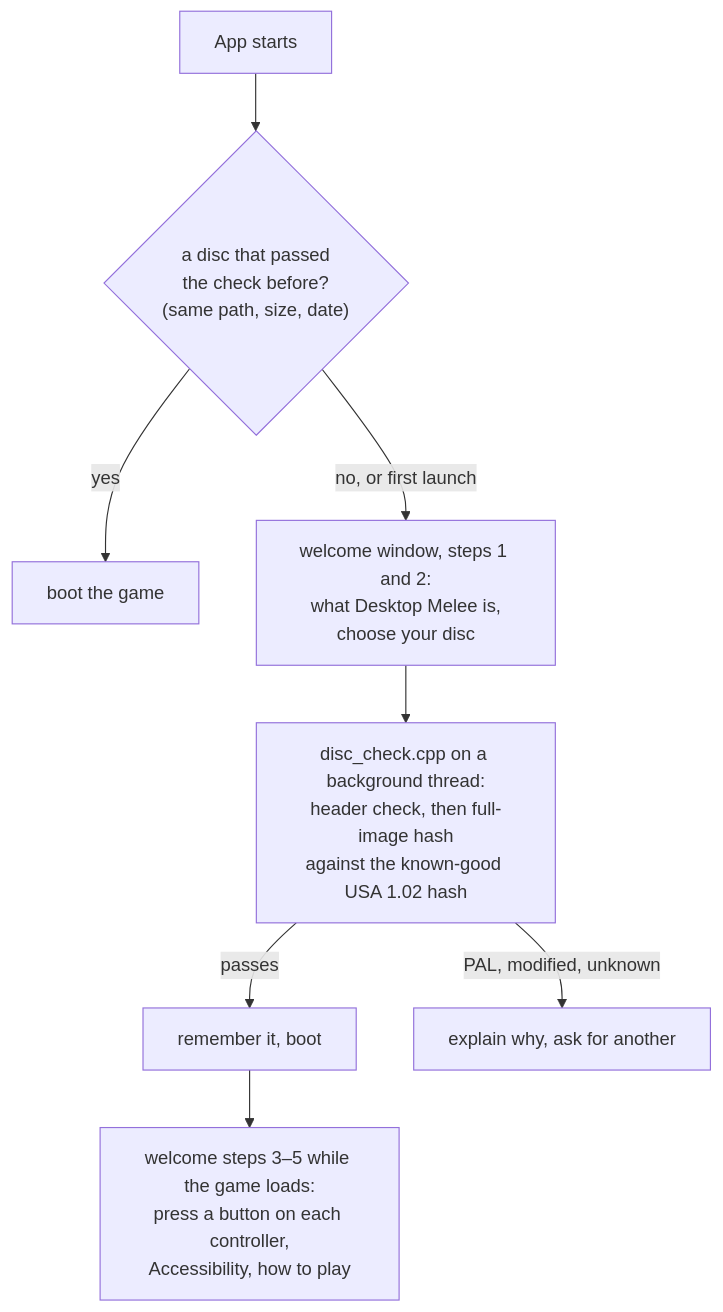
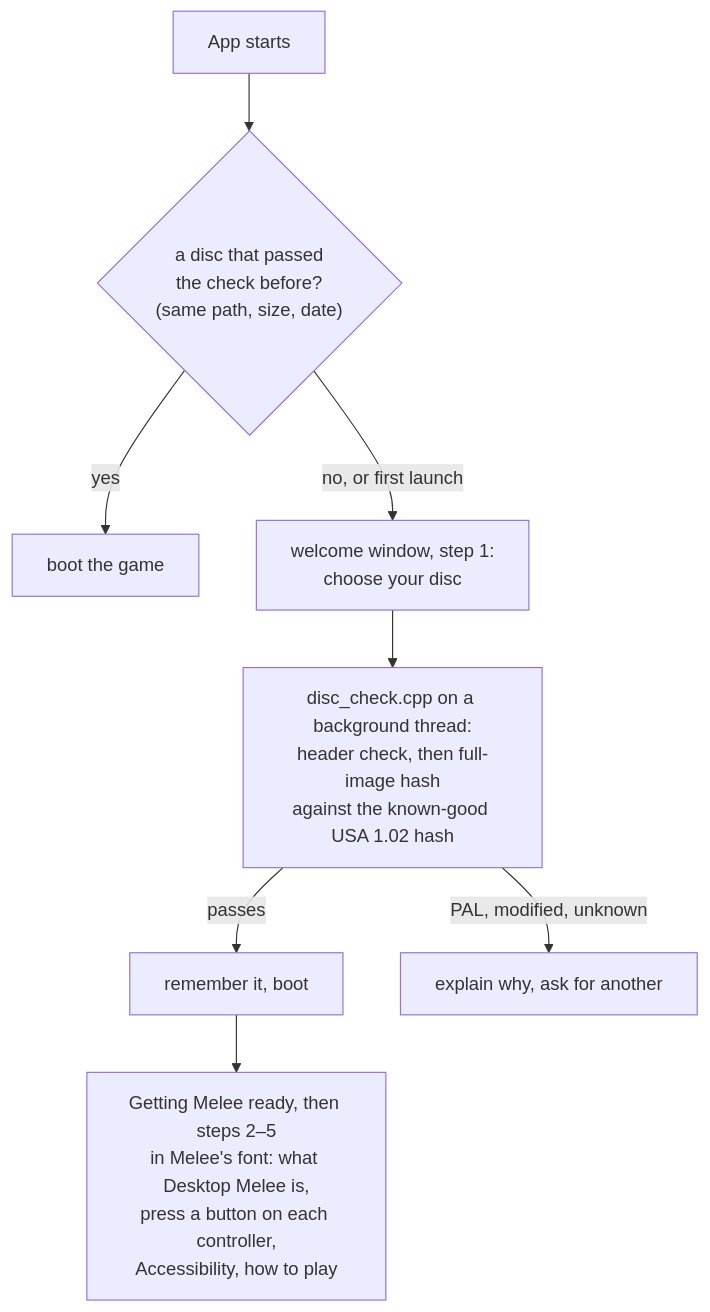
Before and after one commit to Mwrnk/desktop-melee: diagram 11 of 12 in docs/desktop-melee/how-it-works.md, drawn with Mermaid. The commit also changed other lines of this file and 2 other files, not shown here.

Commit message:
Welcome window: the disc first, then what Desktop Melee is
Step 1 is the disc, the only step before the game boots, so on a new Mac it is
the only one in the system font. What Desktop Melee is becomes step 2, shown
after Getting Melee ready in Melee's own font from that disc; its Get started
goes on to the controllers. Back goes from the controllers to step 2, never to
the disc. The dumps follow the new numbers.

````diff
--- a/docs/desktop-melee/how-it-works.md
+++ b/docs/desktop-melee/how-it-works.md
@@ -576,10 +576,10 @@
 ```mermaid
 flowchart TB
     S["App starts"] --> Q{"a disc that passed<br/>the check before?<br/>(same path, size, date)"}
     Q -->|yes| B["boot the game"]
-    Q -->|no, or first launch| W["welcome window, steps 1 and 2:<br/>what Desktop Melee is,<br/>choose your disc"]
+    Q -->|no, or first launch| W["welcome window, step 1:<br/>choose your disc"]
     W --> C["disc_check.cpp on a background thread:<br/>header check, then full-image hash<br/>against the known-good USA 1.02 hash"]
     C -->|passes| R["remember it, boot"]
     C -->|PAL, modified, unknown| X["explain why, ask for another"]
-    R --> W2["welcome steps 3–5 while the game loads:<br/>press a button on each controller,<br/>Accessibility, how to play"]
+    R --> W2["Getting Melee ready, then steps 2–5<br/>in Melee's font: what Desktop Melee is,<br/>press a button on each controller,<br/>Accessibility, how to play"]
 ```
````
